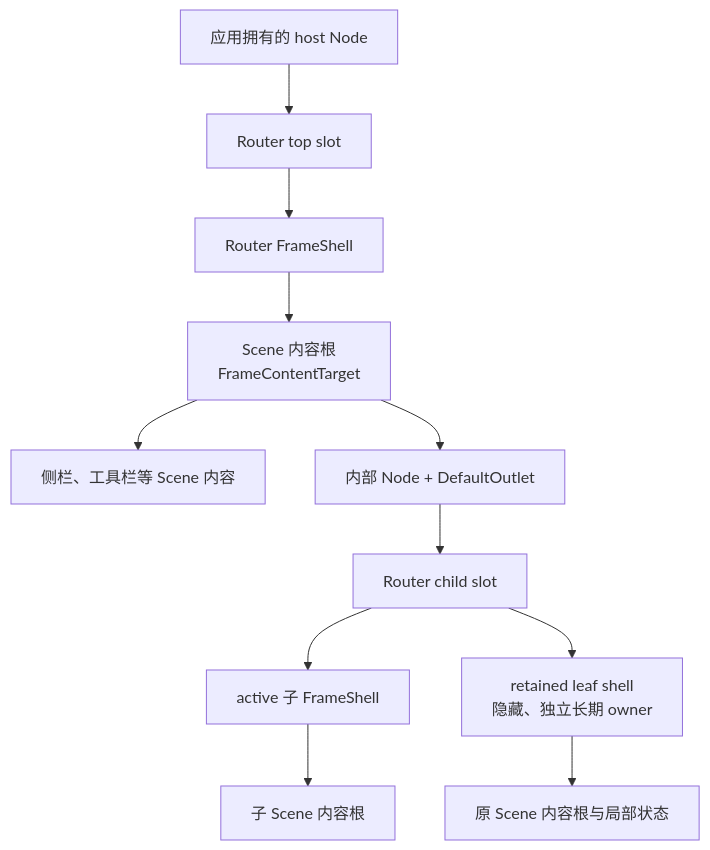
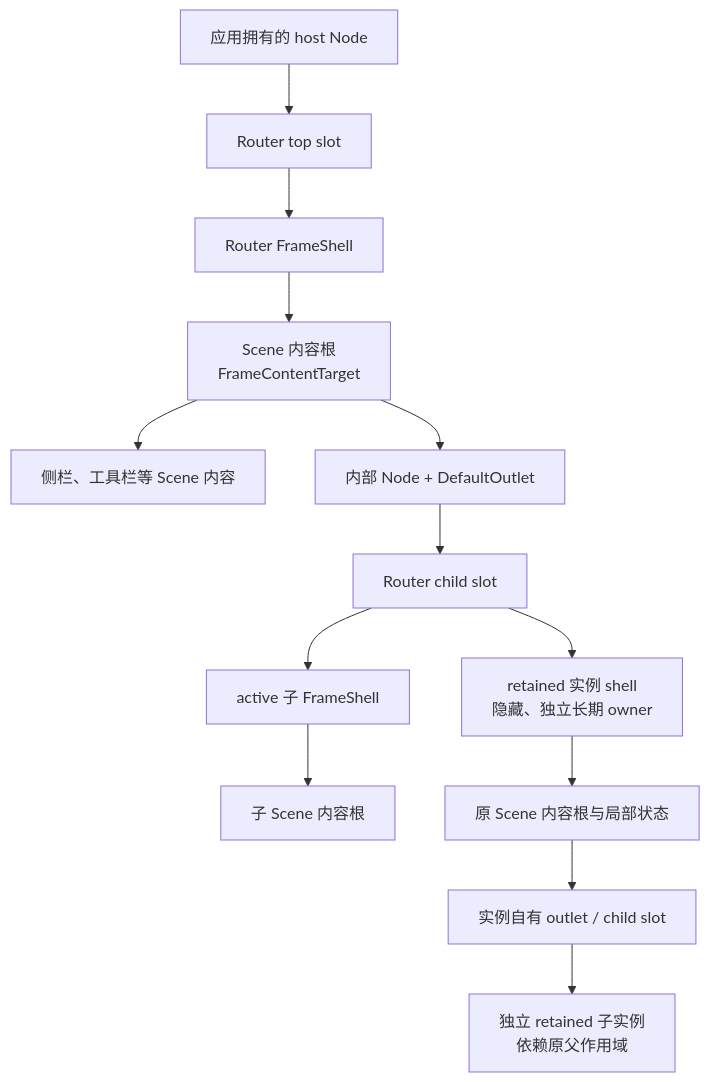
The first of 3 diagrams in docs/architecture/runtime.md (shengyusi-SYS/bevy_ui_router), drawn with Mermaid before and after one commit. The commit also changed other lines of this file and 41 other files, not shown here.

````diff
--- a/docs/architecture/runtime.md
+++ b/docs/architecture/runtime.md
@@ -11,13 +11,15 @@
 ```mermaid
 flowchart TD
     Host["应用拥有的 host Node"] --> Top["Router top slot"]
     Top --> Shell["Router FrameShell"]
     Shell --> Root["Scene 内容根<br/>FrameContentTarget"]
     Root --> Layout["侧栏、工具栏等 Scene 内容"]
     Root --> Outlet["内部 Node + DefaultOutlet"]
     Outlet --> Slot["Router child slot"]
     Slot --> ChildShell["active 子 FrameShell"]
     ChildShell --> ChildRoot["子 Scene 内容根"]
-    Slot --> Retained["retained leaf shell<br/>隐藏、独立长期 owner"]
+    Slot --> Retained["retained 实例 shell<br/>隐藏、独立长期 owner"]
     Retained --> CachedRoot["原 Scene 内容根与局部状态"]
+    CachedRoot --> CachedOutlet["实例自有 outlet / child slot"]
+    CachedOutlet --> CachedChild["独立 retained 子实例<br/>依赖原父作用域"]
 ```
````
